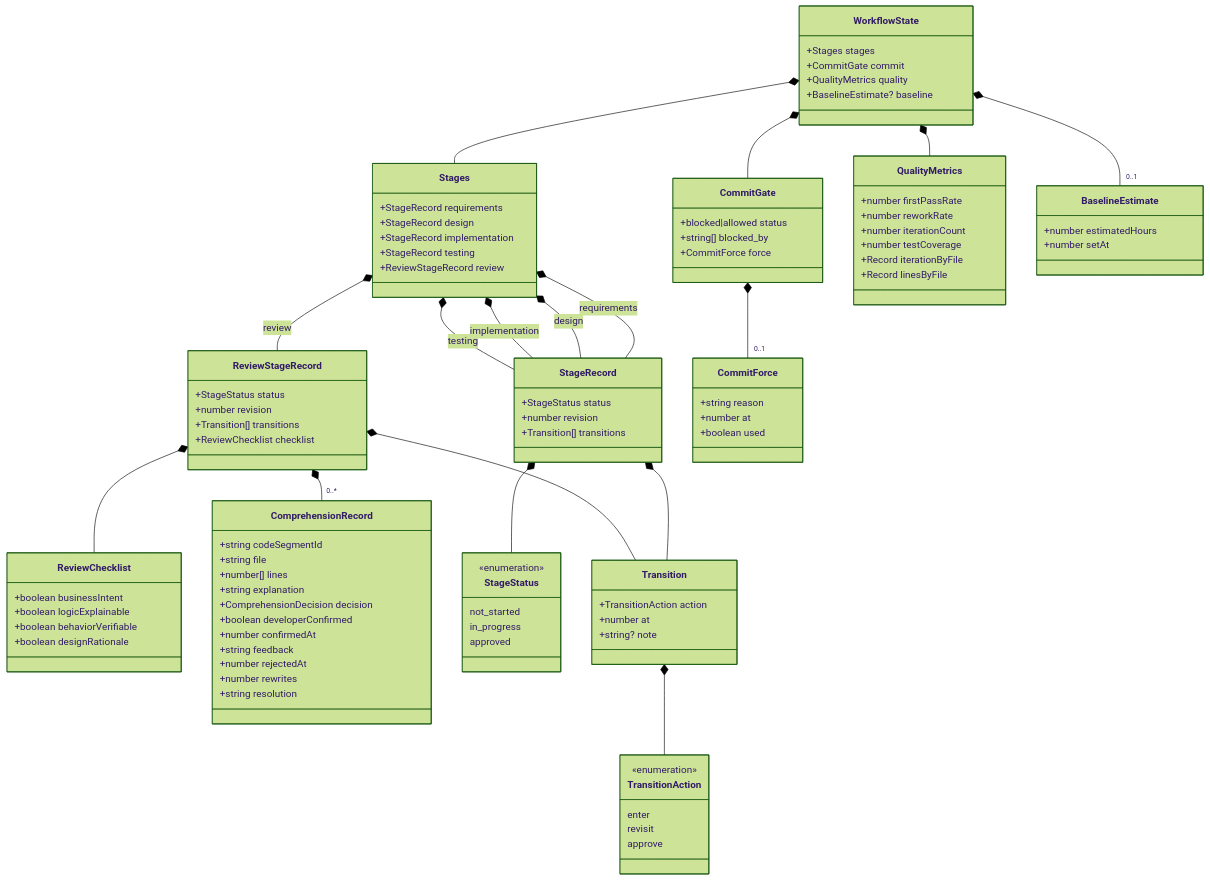
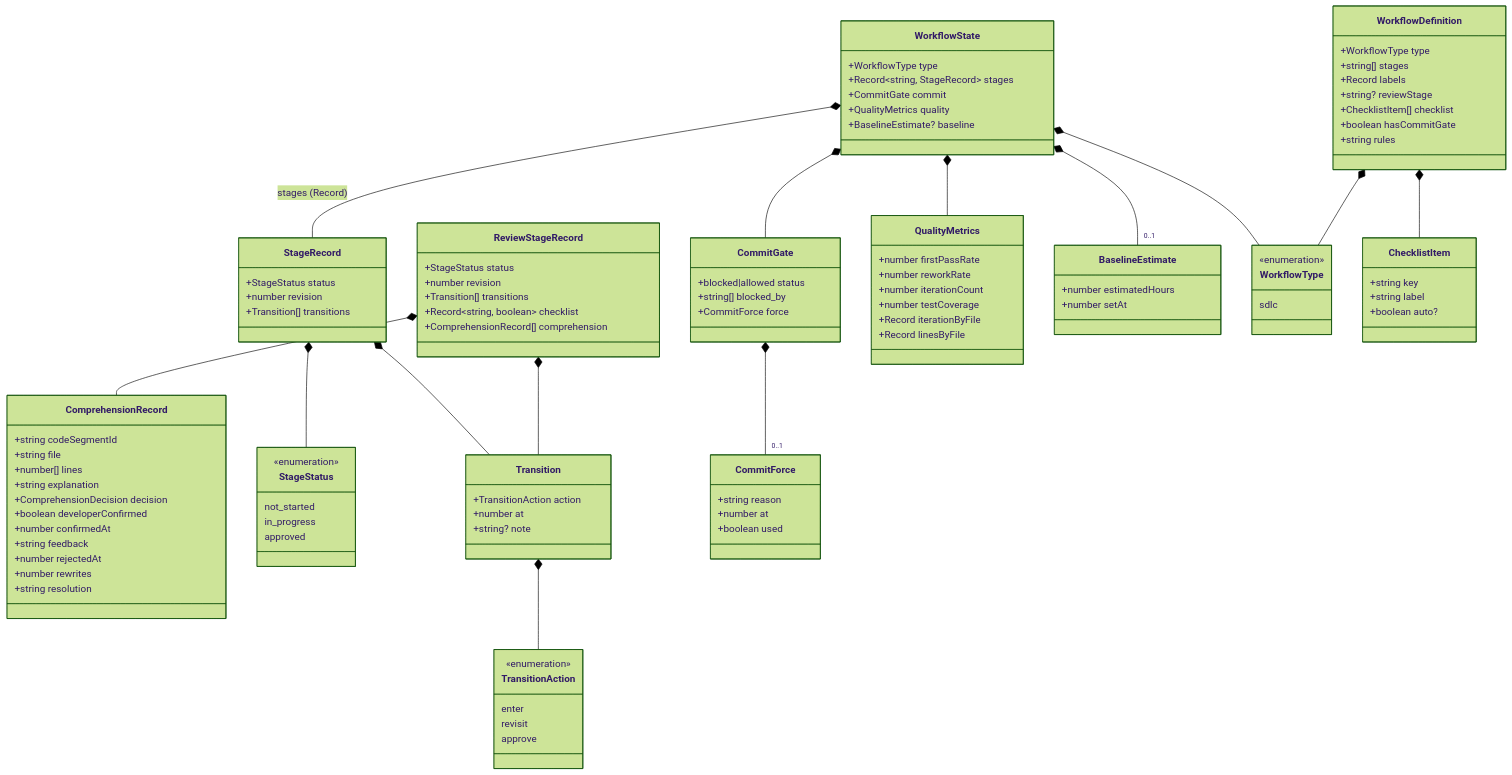
The eighth of 15 diagrams in opencode-session-mgmt/docs/session-management.md (wonglaitung/opencode), drawn with Mermaid (forest theme) before and after one commit. The commit also changed other lines of this file and 27 other files, not shown here.

First line of the commit message:
feat(session-mgmt): 多流程就绪重构——workflowType 用户级身份 + WorkflowDefinition 注册表

````diff
--- a/opencode-session-mgmt/docs/session-management.md
+++ b/opencode-session-mgmt/docs/session-management.md
@@ -415,18 +419,11 @@
 ```mermaid
 classDiagram
     class WorkflowState {
-        +Stages stages
+        +WorkflowType type
+        +Record~string, StageRecord~ stages
         +CommitGate commit
         +QualityMetrics quality
         +BaselineEstimate? baseline
-    }
-
-    class Stages {
-        +StageRecord requirements
-        +StageRecord design
-        +StageRecord implementation
-        +StageRecord testing
-        +ReviewStageRecord review
     }
 
     class StageRecord {
@@ -439,14 +436,8 @@
         +StageStatus status
         +number revision
         +Transition[] transitions
-        +ReviewChecklist checklist
-    }
-
-    class ReviewChecklist {
-        +boolean businessIntent
-        +boolean logicExplainable
-        +boolean behaviorVerifiable
-        +boolean designRationale
+        +Record~string, boolean~ checklist
+        +ComprehensionRecord[] comprehension
     }
 
     class ComprehensionRecord {
@@ -509,20 +500,38 @@
         +number setAt
     }
 
-    WorkflowState *-- Stages
+    class WorkflowDefinition {
+        +WorkflowType type
+        +string[] stages
+        +Record labels
+        +string? reviewStage
+        +ChecklistItem[] checklist
+        +boolean hasCommitGate
+        +string rules
+    }
+
+    class WorkflowType {
+        <<enumeration>>
+        sdlc
+    }
+
+    class ChecklistItem {
+        +string key
+        +string label
+        +boolean auto?
+    }
+
+    WorkflowState *-- WorkflowType
+    WorkflowState *-- StageRecord : stages (Record)
     WorkflowState *-- CommitGate
     CommitGate *-- "0..1" CommitForce
     WorkflowState *-- QualityMetrics
     WorkflowState *-- "0..1" BaselineEstimate
-    Stages *-- StageRecord : requirements
-    Stages *-- StageRecord : design
-    Stages *-- StageRecord : implementation
-    Stages *-- StageRecord : testing
-    Stages *-- ReviewStageRecord : review
-    ReviewStageRecord *-- ReviewChecklist
-    ReviewStageRecord *-- "0..*" ComprehensionRecord
+    ReviewStageRecord *-- ComprehensionRecord
     StageRecord *-- StageStatus
     StageRecord *-- Transition
     ReviewStageRecord *-- Transition
     Transition *-- TransitionAction
+    WorkflowDefinition *-- WorkflowType
+    WorkflowDefinition *-- ChecklistItem
 ```
````
